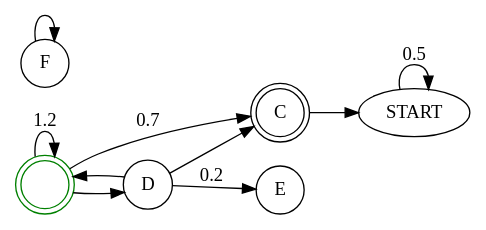
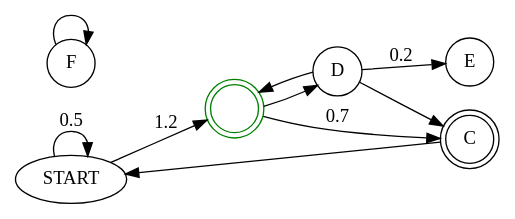
One commit to andrelago13/COMP changed the diagram in examples vis/teste2.dot. Above: the diagram before and after it, drawn with Graphviz. The commit also changed 1 other file, not shown here.

```diff
--- a/examples vis/teste2.dot
+++ b/examples vis/teste2.dot
@@ -1,20 +1,20 @@
 digraph {
   rankdir=LR;
   START;
   node [shape = doublecircle]; B C;
   node [shape = circle];
   START -> START[label=0.5];
-  B -> B[label=1.2];
+  START -> B[label=1.2];
   B -> C[label=0.7];
   C -> START;
   B -> D;
   D -> {B; C}
   D -> E[label=0.2];
   F -> F;
   
   B [
   	fontcolor=white,
   	color=green,
   	peripheries=2
   ];
 }
```
